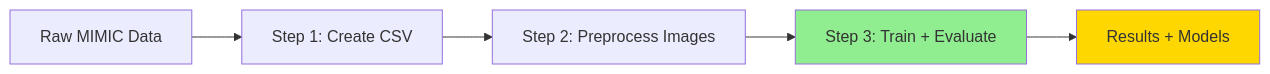
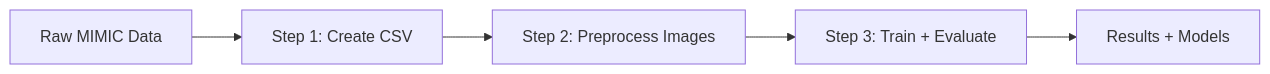
The diagram in src/mimic/README.md (MasalaKimchi/ConcordancePairwiseLoss), drawn with Mermaid before and after one commit. The commit also changed other lines of this file, not shown here.

````diff
--- a/src/mimic/README.md
+++ b/src/mimic/README.md
@@ -71,10 +34,7 @@
 ```mermaid
 graph LR
     A[Raw MIMIC Data] --> B[Step 1: Create CSV]
     B --> C[Step 2: Preprocess Images]
     C --> D[Step 3: Train + Evaluate]
     D --> E[Results + Models]
-    
-    style D fill:#90EE90
-    style E fill:#FFD700
 ```
````
